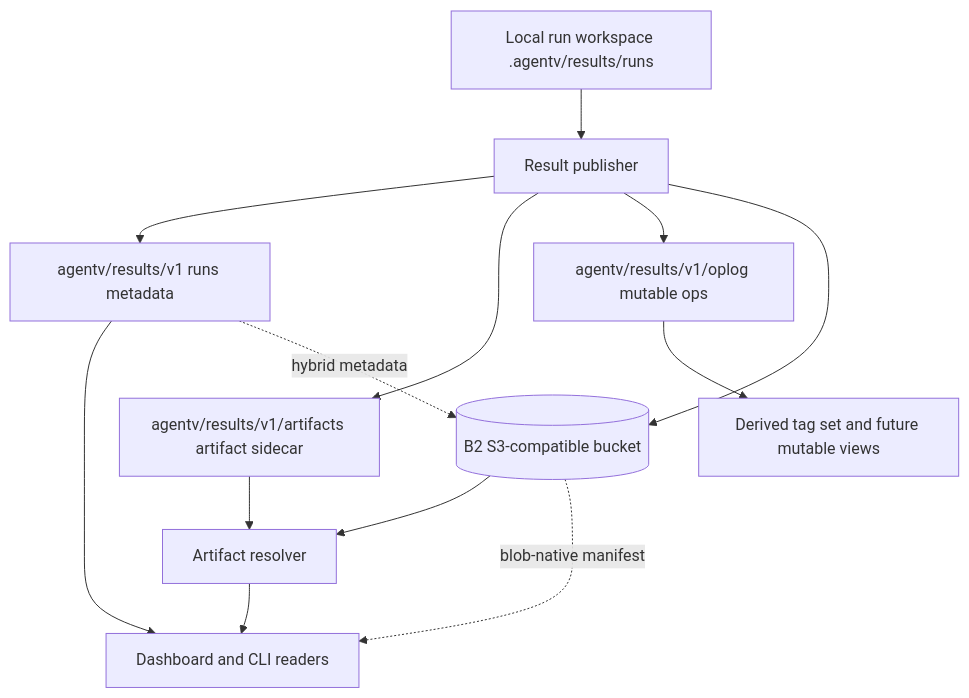
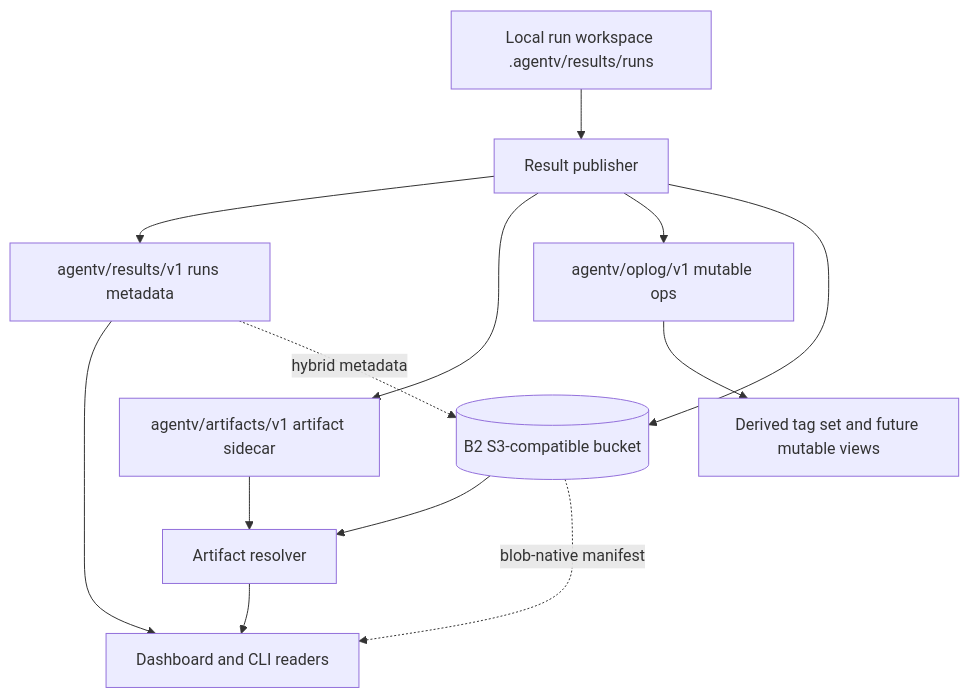
The diagram in docs/plans/2026-06-21-001-feat-av-quf-results-storage-plan.md (EntityProcess/agentv), drawn with Mermaid before and after one commit. The commit also changed other lines of this file, not shown here.

First line of the commit message:
docs(results): avoid ref prefix conflicts

````diff
--- a/docs/plans/2026-06-21-001-feat-av-quf-results-storage-plan.md
+++ b/docs/plans/2026-06-21-001-feat-av-quf-results-storage-plan.md
@@ -163,17 +166,17 @@
 ```mermaid
 flowchart TB
   Local[Local run workspace .agentv/results/runs] --> Publish[Result publisher]
   Publish --> GitIndex[agentv/results/v1 runs metadata]
-  Publish --> GitArtifacts[agentv/results/v1/artifacts artifact sidecar]
-  Publish --> Oplog[agentv/results/v1/oplog mutable ops]
+  Publish --> GitArtifacts[agentv/artifacts/v1 artifact sidecar]
+  Publish --> Oplog[agentv/oplog/v1 mutable ops]
   Publish --> Bucket[(B2 S3-compatible bucket)]
 
   GitIndex --> Dashboard[Dashboard and CLI readers]
   GitArtifacts --> Resolver[Artifact resolver]
   Bucket --> Resolver
   Oplog --> Tags[Derived tag set and future mutable views]
   Resolver --> Dashboard
 
   GitIndex -. hybrid metadata .-> Bucket
   Bucket -. blob-native manifest .-> Dashboard
 ```
````
